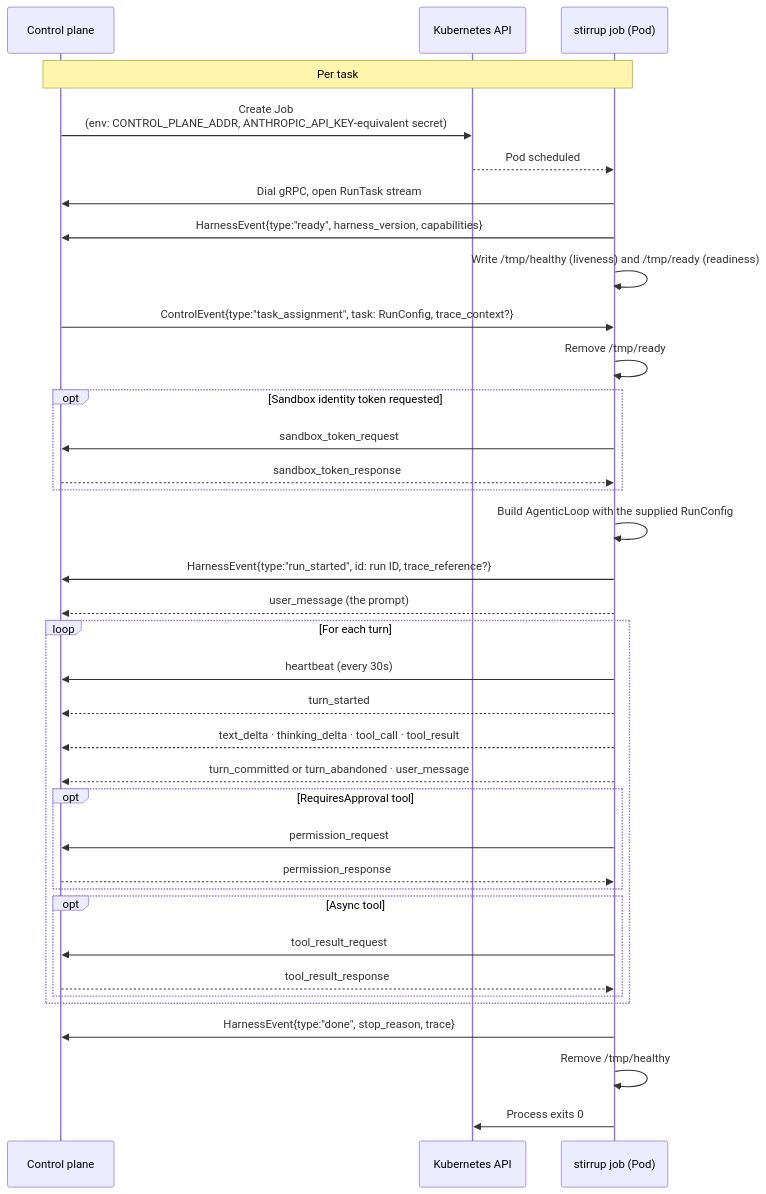
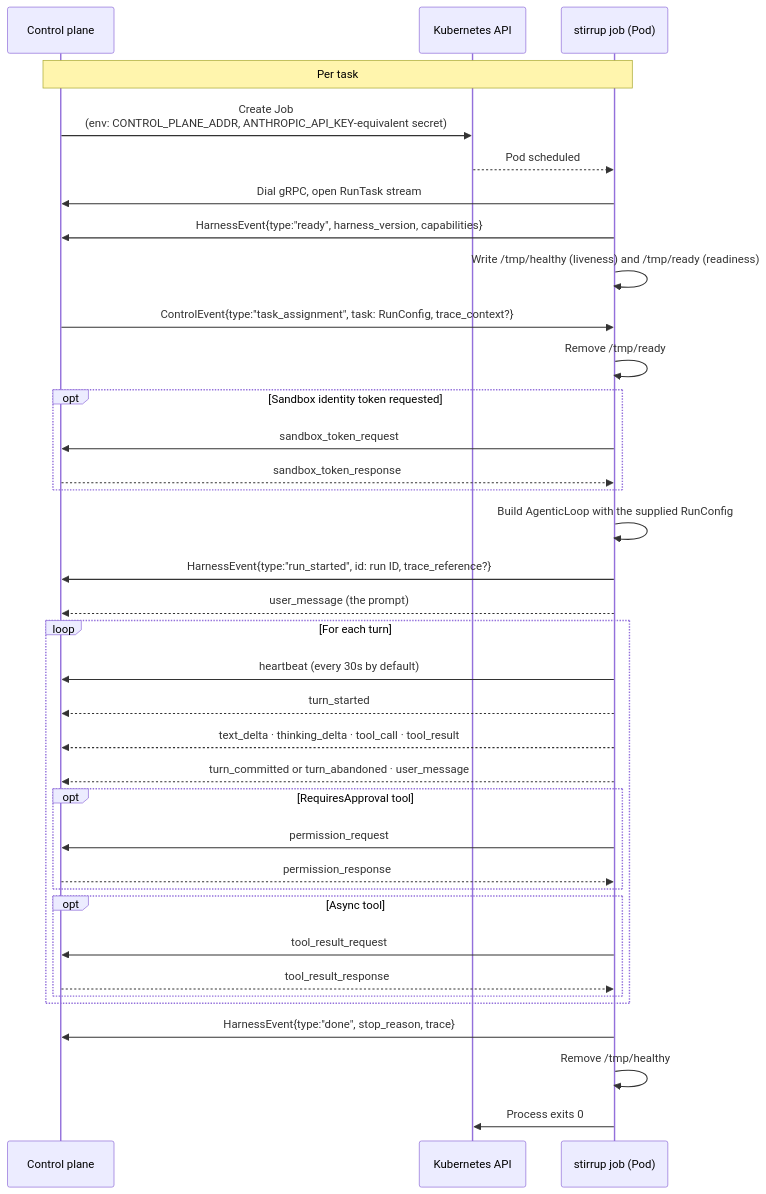
One commit to rxbynerd/stirrup changed the diagram in docs/deployment.md. Above: the diagram before and after it, drawn with Mermaid. The commit also changed other lines of this file and 5 other files, not shown here.

````diff
--- a/docs/deployment.md
+++ b/docs/deployment.md
@@ -11,38 +11,38 @@
 ```mermaid
 sequenceDiagram
     participant CP as Control plane
     participant K as Kubernetes API
     participant H as stirrup job (Pod)
     Note over CP,H: Per task
     CP->>K: Create Job<br/>(env: CONTROL_PLANE_ADDR, ANTHROPIC_API_KEY-equivalent secret)
     K-->>H: Pod scheduled
     H->>CP: Dial gRPC, open RunTask stream
     H->>CP: HarnessEvent{type:"ready", harness_version, capabilities}
     H->>H: Write /tmp/healthy (liveness) and /tmp/ready (readiness)
     CP->>H: ControlEvent{type:"task_assignment", task: RunConfig, trace_context?}
     H->>H: Remove /tmp/ready
     opt Sandbox identity token requested
         H->>CP: sandbox_token_request
         CP-->>H: sandbox_token_response
     end
     H->>H: Build AgenticLoop with the supplied RunConfig
     H->>CP: HarnessEvent{type:"run_started", id: run ID, trace_reference?}
     H-->>CP: user_message (the prompt)
     loop For each turn
-        H->>CP: heartbeat (every 30s)
+        H->>CP: heartbeat (every 30s by default)
         H-->>CP: turn_started
         H-->>CP: text_delta · thinking_delta · tool_call · tool_result
         H-->>CP: turn_committed or turn_abandoned · user_message
         opt RequiresApproval tool
             H->>CP: permission_request
             CP-->>H: permission_response
         end
         opt Async tool
             H->>CP: tool_result_request
             CP-->>H: tool_result_response
         end
     end
     H->>CP: HarnessEvent{type:"done", stop_reason, trace}
     H->>H: Remove /tmp/healthy
     H->>K: Process exits 0
 ```
````
